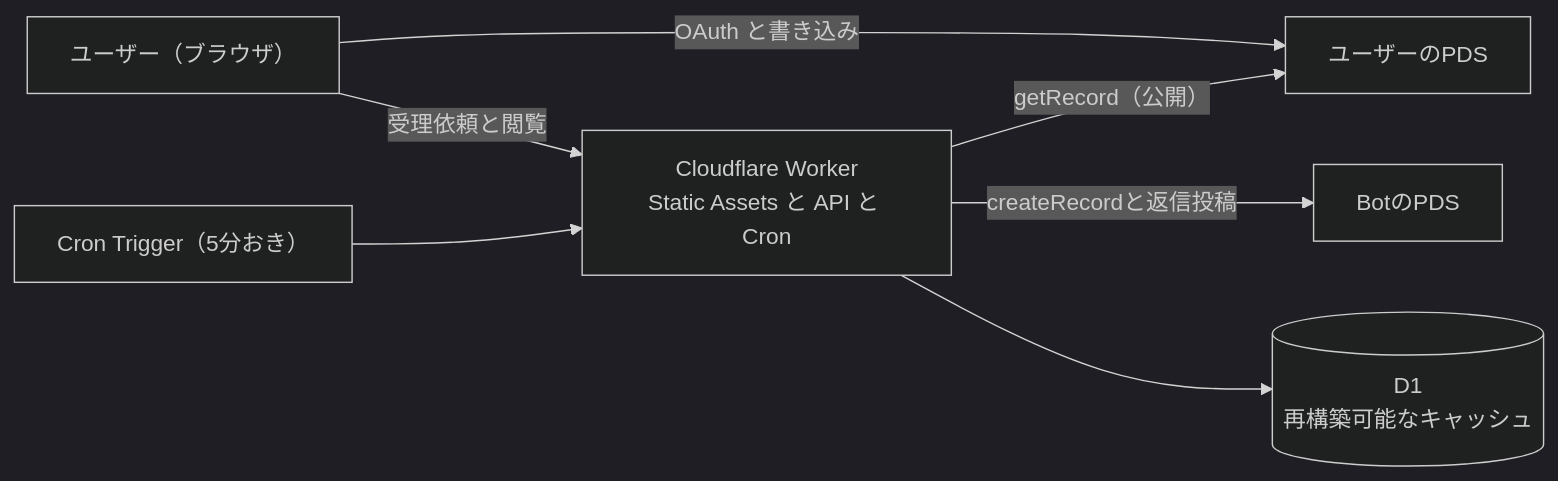
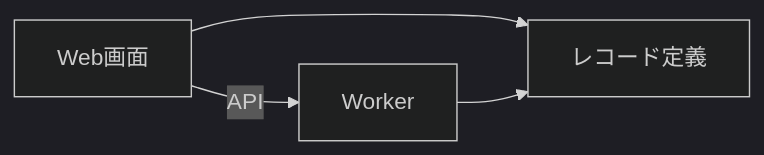
The first of 8 diagrams in docs/architecture.md (nllacc/shinchoku-chan), drawn with Mermaid (dark theme) before and after one commit. The commit also changed other lines of this file and 4 other files, not shown here.

First line of the commit message:
architecture.mdを新しい雛形で作り直し、PoCをREADME化

````diff
--- a/docs/architecture.md
+++ b/docs/architecture.md
@@ -7,9 +28,6 @@
 ```mermaid
 flowchart LR
-  user["ユーザー（ブラウザ）"] -->|"OAuth と書き込み"| pds["ユーザーのPDS"]
-  user -->|"受理依頼と閲覧"| worker["Cloudflare Worker<br/>Static Assets と API と Cron"]
-  worker -->|"getRecord（公開）"| pds
-  worker -->|"createRecordと返信投稿"| botpds["BotのPDS"]
-  worker --> d1[("D1<br/>再構築可能なキャッシュ")]
-  cron["Cron Trigger（5分おき）"] --> worker
+  web["Web画面"] -->|API| worker["Worker"]
+  web --> records["レコード定義"]
+  worker --> records
 ```
````
